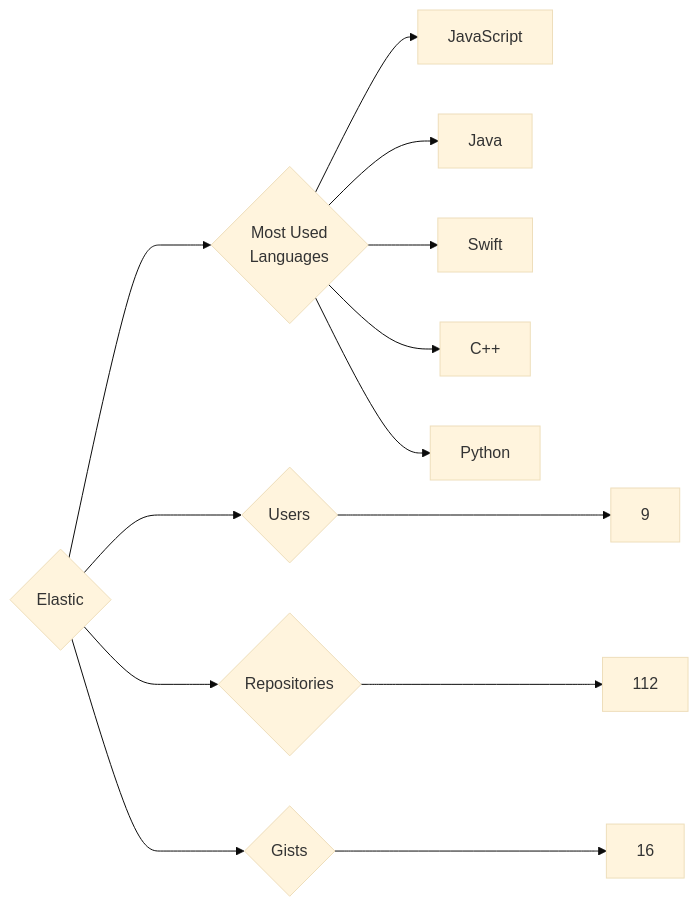
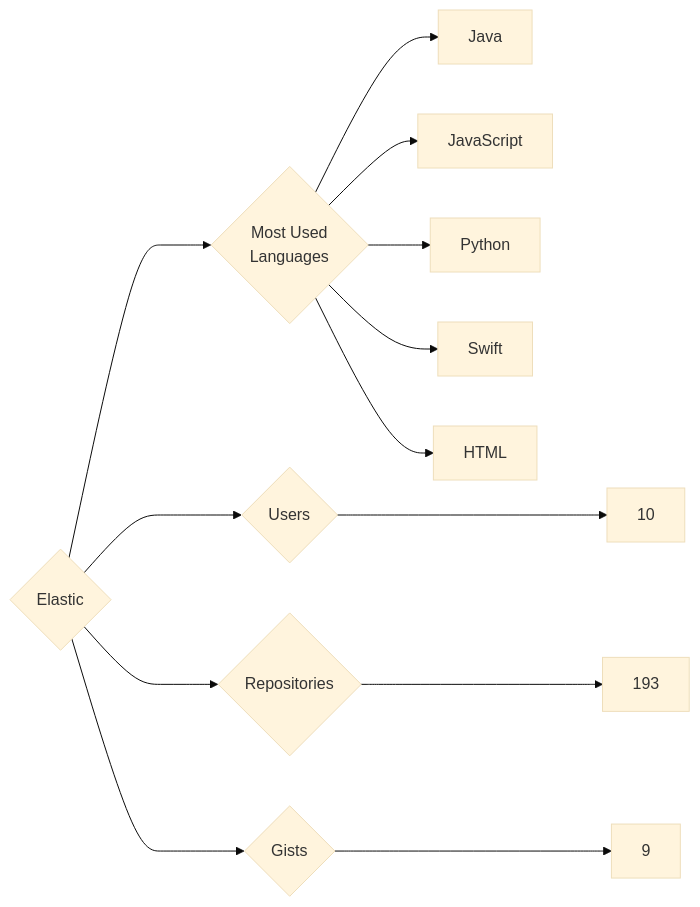
The diagram in targets/Elastic/README.md (trickest/insiders), drawn with Mermaid (base theme) before and after one commit. The commit also changed 783 other files, not shown here.

````diff
--- a/targets/Elastic/README.md
+++ b/targets/Elastic/README.md
@@ -3,13 +3,13 @@
 ```mermaid
 graph LR
 COMPANY_NAME{Elastic}
-COMPANY_NAME ---> U{Users} ---> UN[9]
-COMPANY_NAME ---> R{Repositories} ---> RN[112]
-COMPANY_NAME ---> G{Gists} ---> GN[16]
+COMPANY_NAME ---> U{Users} ---> UN[10]
+COMPANY_NAME ---> R{Repositories} ---> RN[193]
+COMPANY_NAME ---> G{Gists} ---> GN[9]
 COMPANY_NAME ---> ML{Most Used<br>Languages}
+ML --> Java[Java]
 ML --> JavaScript[JavaScript]
-ML --> Java[Java]
+ML --> Python[Python]
 ML --> Swift[Swift]
-ML --> C++[C++]
-ML --> Python[Python]
+ML --> HTML[HTML]
 ```
````
